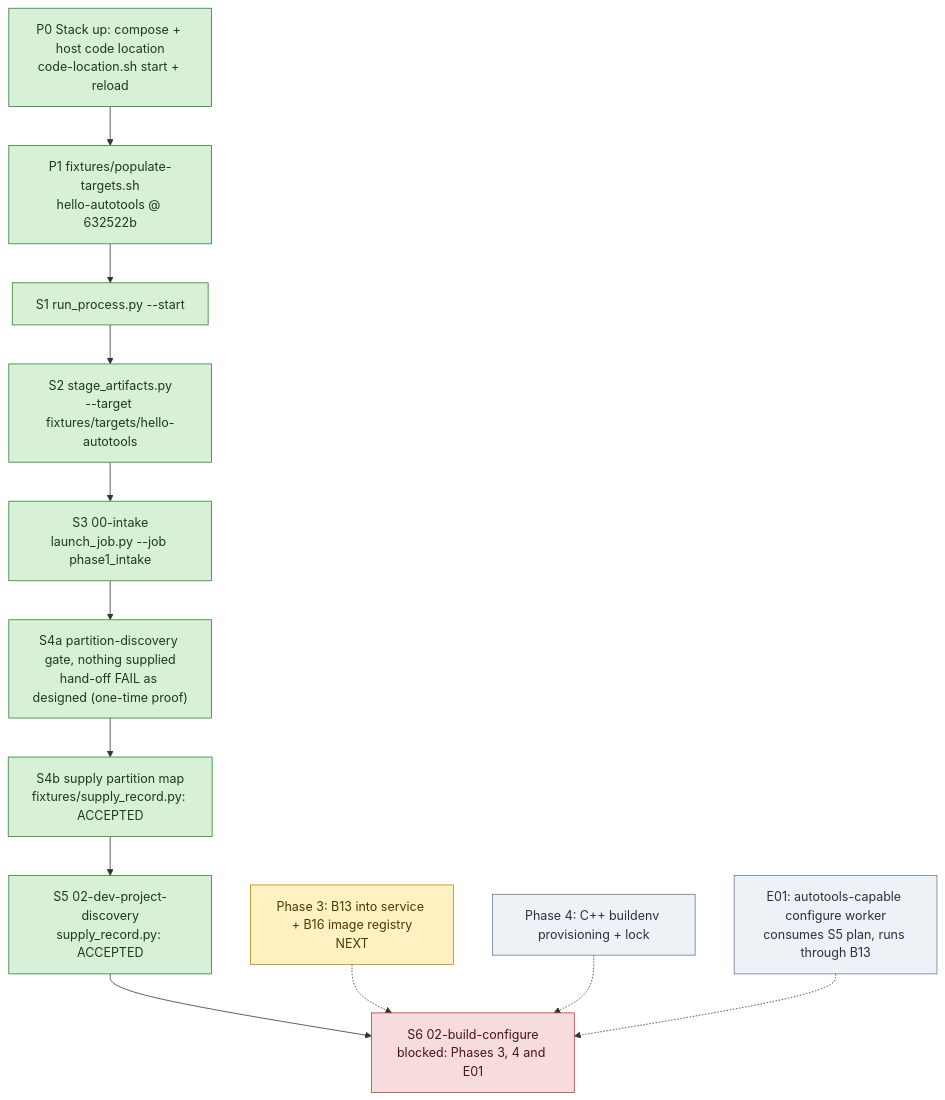
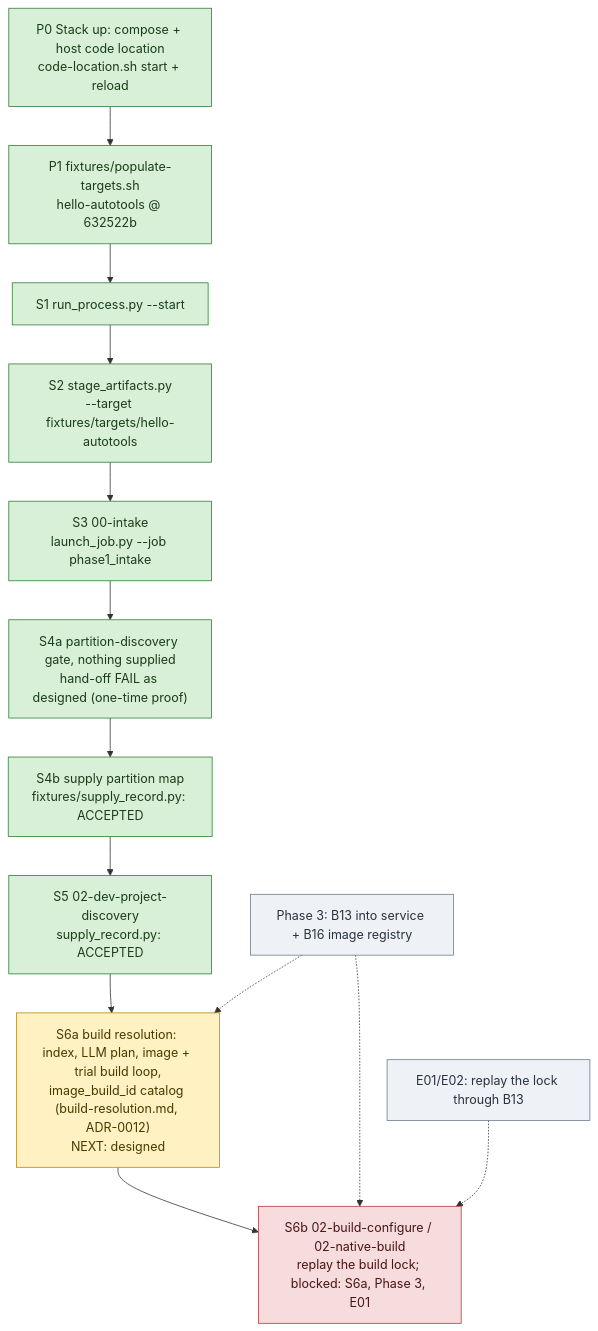
The diagram in docs/processes/flow-bringup.md (wsollers/appsec-review), drawn with Mermaid before and after one commit. The commit also changed other lines of this file and 12 other files, not shown here.

First line of the commit message:
Design build resolution: index, LLM build plan, bounded image+trial loop, image_build catalog

````diff
--- a/docs/processes/flow-bringup.md
+++ b/docs/processes/flow-bringup.md
@@ -20,25 +20,25 @@
 ```mermaid
 flowchart TD
   P0["P0 Stack up: compose + host code location<br/>code-location.sh start + reload"]:::done
   P1["P1 fixtures/populate-targets.sh<br/>hello-autotools @ 632522b"]:::done
   S1["S1 run_process.py --start"]:::done
   S2["S2 stage_artifacts.py<br/>--target fixtures/targets/hello-autotools"]:::done
   S3["S3 00-intake<br/>launch_job.py --job phase1_intake"]:::done
   S4a["S4a partition-discovery gate, nothing supplied<br/>hand-off FAIL as designed (one-time proof)"]:::done
   S4b["S4b supply partition map<br/>fixtures/supply_record.py: ACCEPTED"]:::done
   S5["S5 02-dev-project-discovery<br/>supply_record.py: ACCEPTED"]:::done
-  S6["S6 02-build-configure<br/>blocked: Phases 3, 4 and E01"]:::blocked
-  B13["Phase 3: B13 into service + B16 image registry<br/>NEXT"]:::next
-  BE["Phase 4: C++ buildenv provisioning + lock"]:::todo
-  E01["E01: autotools-capable configure worker<br/>consumes S5 plan, runs through B13"]:::todo
+  S6a["S6a build resolution: index, LLM plan, image + trial build loop,<br/>image_build_id catalog (build-resolution.md, ADR-0012)<br/>NEXT: designed"]:::next
+  S6["S6b 02-build-configure / 02-native-build<br/>replay the build lock; blocked: S6a, Phase 3, E01"]:::blocked
+  B13["Phase 3: B13 into service + B16 image registry"]:::todo
+  E01["E01/E02: replay the lock through B13"]:::todo
 
-  P0 --> P1 --> S1 --> S2 --> S3 --> S4a --> S4b --> S5 --> S6
+  P0 --> P1 --> S1 --> S2 --> S3 --> S4a --> S4b --> S5 --> S6a --> S6
+  B13 -.-> S6a
   B13 -.-> S6
-  BE -.-> S6
   E01 -.-> S6
 
   classDef done fill:#d8f0d8,stroke:#2e7d32,color:#1b3d1b
   classDef next fill:#fff1c2,stroke:#b8860b,color:#4a3a00
   classDef todo fill:#eef1f5,stroke:#6b7a90,color:#2a3240
   classDef blocked fill:#f6dcdc,stroke:#b23b3b,color:#4a1515
 ```
````
